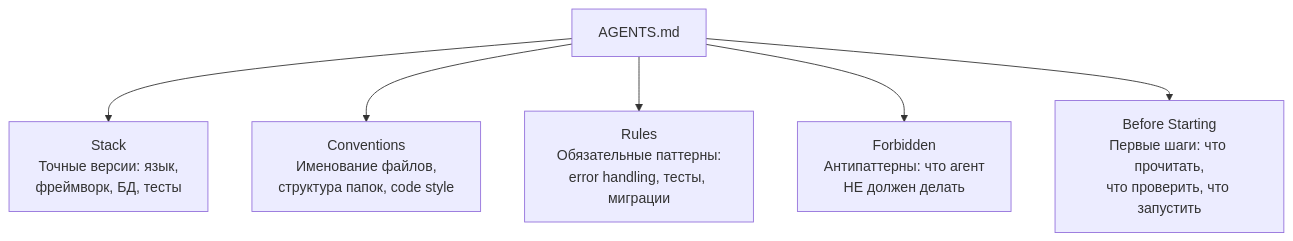
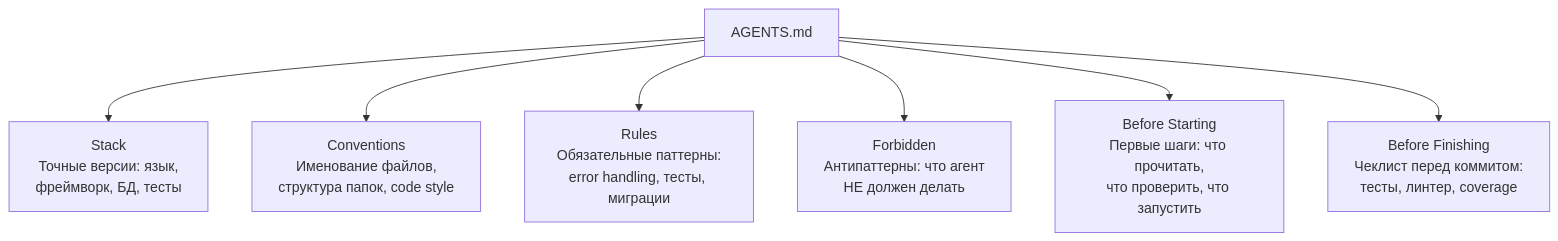
The diagram in course/module-4-agents/diagrams/agents-md-structure.md (maddevsio/ai-adoption-course), drawn with Mermaid before and after one commit. The commit also changed other lines of this file and 12 other files, not shown here.

````diff
--- a/course/module-4-agents/diagrams/agents-md-structure.md
+++ b/course/module-4-agents/diagrams/agents-md-structure.md
@@ -5,14 +5,16 @@
 ```mermaid
 flowchart TD
     Root["AGENTS.md"] --> Stack
     Root --> Conv
     Root --> Rules
     Root --> Forbid
     Root --> Before
+    Root --> Finish
 
     Stack["Stack<br>Точные версии: язык,<br>фреймворк, БД, тесты"]
     Conv["Conventions<br>Именование файлов,<br>структура папок, code style"]
     Rules["Rules<br>Обязательные паттерны:<br>error handling, тесты, миграции"]
     Forbid["Forbidden<br>Антипаттерны: что агент<br>НЕ должен делать"]
     Before["Before Starting<br>Первые шаги: что прочитать,<br>что проверить, что запустить"]
+    Finish["Before Finishing<br>Чеклист перед коммитом:<br>тесты, линтер, coverage"]
 ```
````
